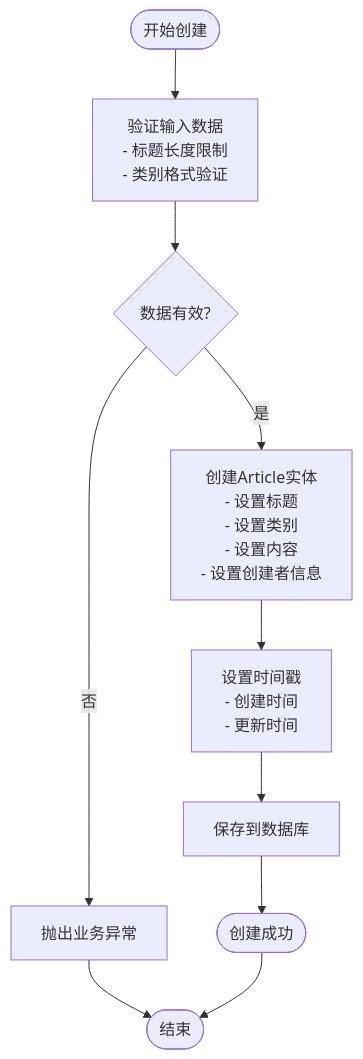
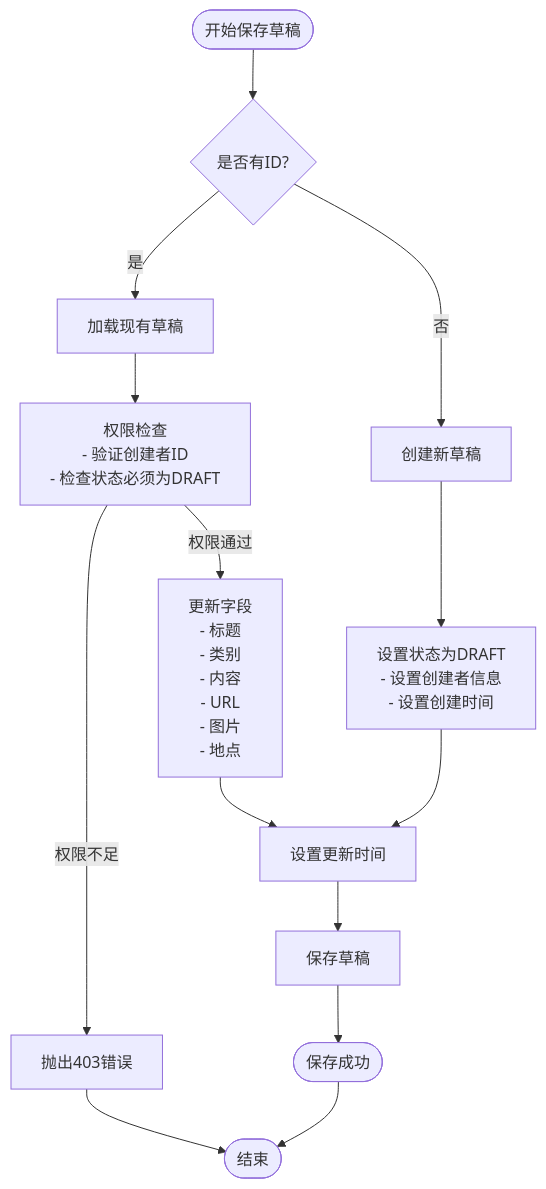
The third of 9 diagrams in .qoder/repowiki/zh/content/文章内容管理/文章服务层实现/文章服务层实现.md (20164206160/zhishilu), drawn with Mermaid before and after one commit. The commit also changed other lines of this file and 28 other files, not shown here.

````diff
--- a/.qoder/repowiki/zh/content/文章内容管理/文章服务层实现/文章服务层实现.md
+++ b/.qoder/repowiki/zh/content/文章内容管理/文章服务层实现/文章服务层实现.md
@@ -186,12 +365,16 @@
 ```mermaid
 flowchart TD
-Start([开始创建]) --> Validate["验证输入数据<br/>- 标题长度限制<br/>- 类别格式验证"]
-Validate --> Valid{"数据有效?"}
-Valid --> |否| ThrowError["抛出业务异常"]
-Valid --> |是| CreateEntity["创建Article实体<br/>- 设置标题<br/>- 设置类别<br/>- 设置内容<br/>- 设置创建者信息"]
-CreateEntity --> SetTimestamps["设置时间戳<br/>- 创建时间<br/>- 更新时间"]
-SetTimestamps --> Save["保存到数据库"]
-Save --> Success([创建成功])
+Start([开始保存草稿]) --> CheckId{"是否有ID?"}
+CheckId --> |是| LoadDraft["加载现有草稿"]
+CheckId --> |否| CreateNew["创建新草稿"]
+LoadDraft --> PermissionCheck["权限检查<br/>- 验证创建者ID<br/>- 检查状态必须为DRAFT"]
+PermissionCheck --> |权限不足| ThrowError["抛出403错误"]
+PermissionCheck --> |权限通过| UpdateFields["更新字段<br/>- 标题<br/>- 类别<br/>- 内容<br/>- URL<br/>- 图片<br/>- 地点"]
+CreateNew --> SetDraftStatus["设置状态为DRAFT<br/>- 设置创建者信息<br/>- 设置创建时间"]
+UpdateFields --> SetUpdatedTime["设置更新时间"]
+SetDraftStatus --> SetUpdatedTime
+SetUpdatedTime --> Save["保存草稿"]
+Save --> Success([保存成功])
 ThrowError --> End([结束])
 Success --> End
 ```
````
